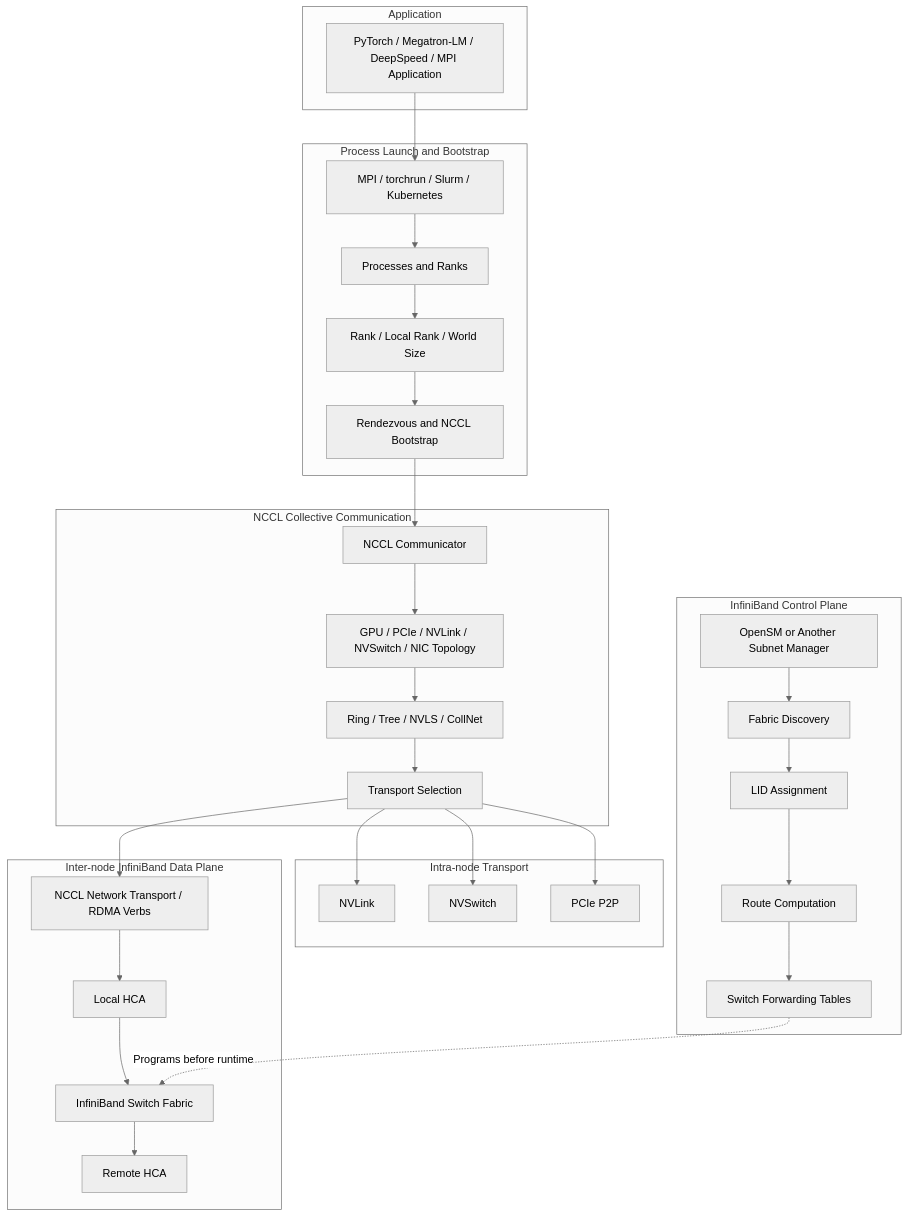
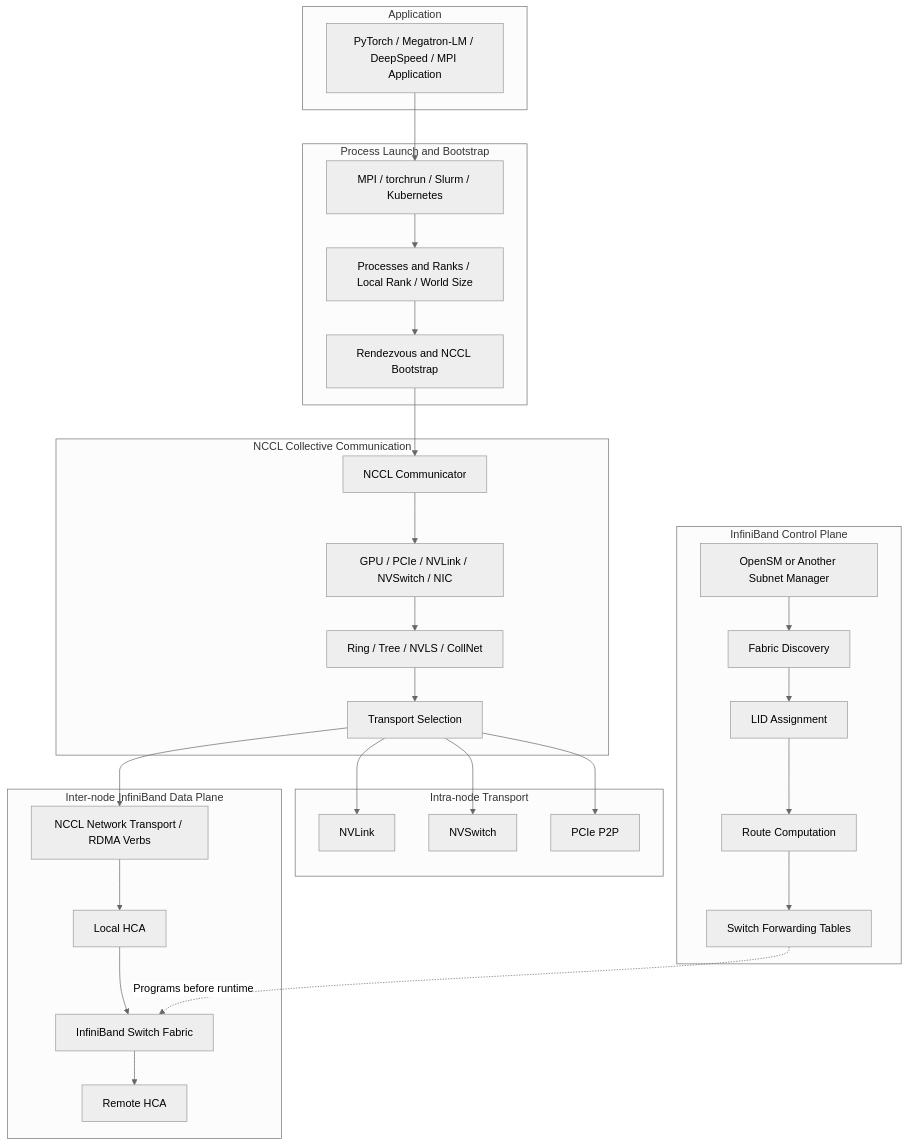
The first of 4 diagrams in _posts/2026-07-14-MPI_OpenSM.md (hdimmfh/hdimmfh.github.io), drawn with Mermaid (neutral theme) before and after one commit. The commit also changed other lines of this file and 1 other file, not shown here.

````diff
--- a/_posts/2026-07-14-MPI_OpenSM.md
+++ b/_posts/2026-07-14-MPI_OpenSM.md
@@ -24,47 +20,46 @@
 ```mermaid
 flowchart TB
     subgraph APPLICATION["Application"]
         APP["PyTorch / Megatron-LM / DeepSpeed / MPI Application"]
     end
     subgraph BOOTSTRAP["Process Launch and Bootstrap"]
         LAUNCHER["MPI / torchrun / Slurm / Kubernetes"]
-        PROCESS["Processes and Ranks"]
-        WORLD["Rank / Local Rank / World Size"]
+        WORLD["Processes and Ranks / Local Rank / World Size"]
         RENDEZVOUS["Rendezvous and NCCL Bootstrap"]
-        LAUNCHER --> PROCESS --> WORLD --> RENDEZVOUS
+        LAUNCHER --> WORLD --> RENDEZVOUS
     end
     subgraph NCCL_LAYER["NCCL Collective Communication"]
         COMM["NCCL Communicator"]
-        DISCOVERY["GPU / PCIe / NVLink / NVSwitch / NIC Topology"]
+        DISCOVERY["GPU / PCIe / NVLink / NVSwitch / NIC"]
         ALGORITHM["Ring / Tree / NVLS / CollNet"]
         TRANSPORT["Transport Selection"]
         COMM --> DISCOVERY --> ALGORITHM --> TRANSPORT
     end
     subgraph LOCAL_PATH["Intra-node Transport"]
         NVLINK["NVLink"]
         NVSWITCH["NVSwitch"]
         PCIE["PCIe P2P"]
     end
     subgraph IB_LAYER["Inter-node InfiniBand Data Plane"]
         RDMA["NCCL Network Transport / RDMA Verbs"]
         LHCA["Local HCA"]
         SWITCH["InfiniBand Switch Fabric"]
         RHCA["Remote HCA"]
         RDMA --> LHCA --> SWITCH --> RHCA
     end
     subgraph OPENSM_LAYER["InfiniBand Control Plane"]
         OPENSM["OpenSM or Another Subnet Manager"]
         FABRIC["Fabric Discovery"]
         LID["LID Assignment"]
         ROUTING["Route Computation"]
         FWD["Switch Forwarding Tables"]
         OPENSM --> FABRIC --> LID --> ROUTING --> FWD
     end
     APP --> LAUNCHER
     RENDEZVOUS --> COMM
     TRANSPORT --> NVLINK
     TRANSPORT --> NVSWITCH
     TRANSPORT --> PCIE
     TRANSPORT --> RDMA
     FWD -. "Programs before runtime" .-> SWITCH
 ```
````
